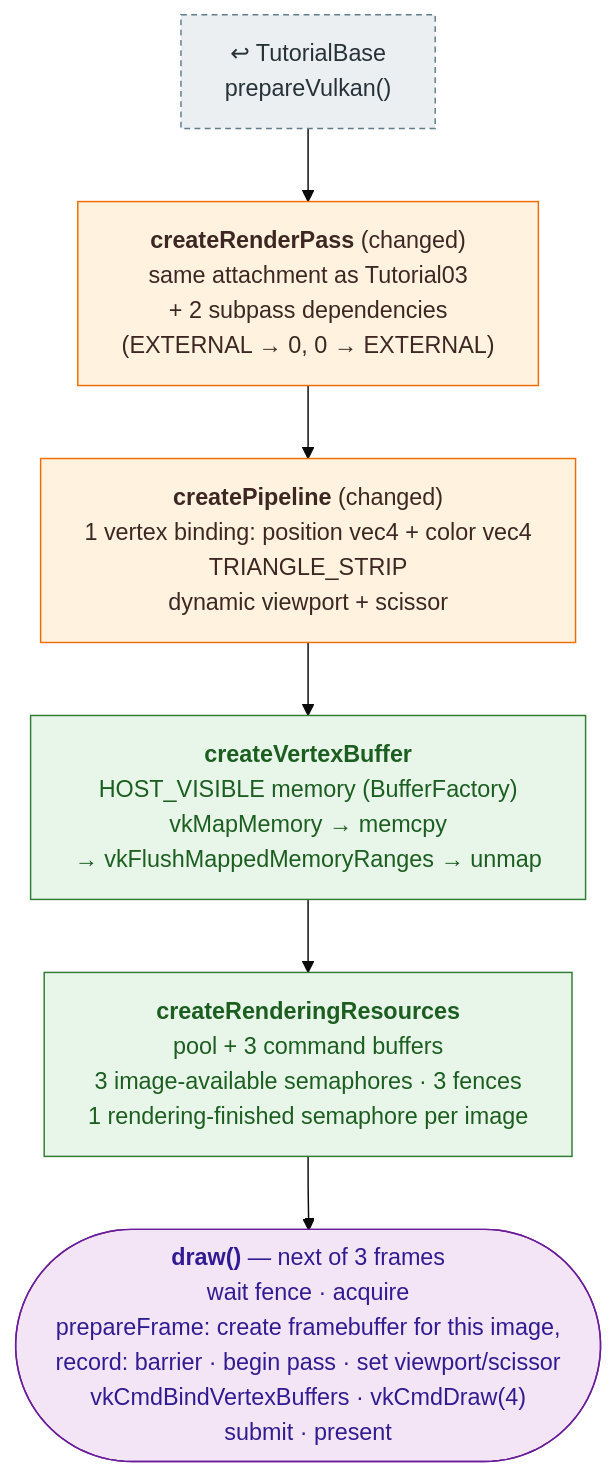
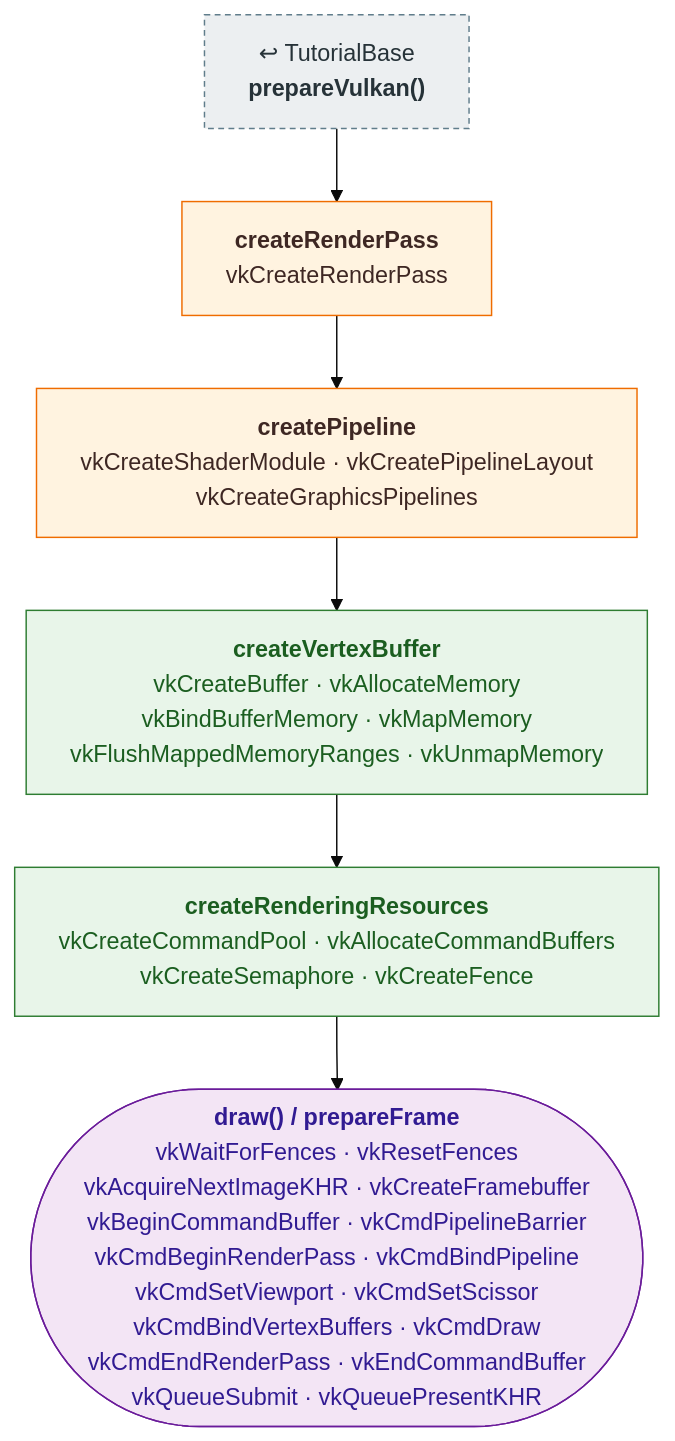
Before and after one commit to mehoggan/vulkan_graphix: the diagram in docs/pipeline/04_vertex_attributes.md, drawn with Mermaid (base theme). The commit also changed other lines of this file and 24 other files, not shown here.

First line of the commit message:
docs: label pipeline boxes with the Vulkan calls each step makes

````diff
--- a/docs/pipeline/04_vertex_attributes.md
+++ b/docs/pipeline/04_vertex_attributes.md
@@ -11,17 +11,17 @@
 ```mermaid
 %%{init: {"flowchart": {"wrappingWidth": 400}}}%%
 flowchart TD
     classDef reused fill:#eceff1,stroke:#607d8b,stroke-dasharray:4 3,color:#263238
     classDef changed fill:#fff3e0,stroke:#ef6c00,color:#3e2723
     classDef new fill:#e8f5e9,stroke:#2e7d32,color:#1b5e20
     classDef frame fill:#f3e5f5,stroke:#6a1b9a,color:#311b92
 
-    BASE["↩ TutorialBase<br/>prepareVulkan()"]:::reused
-    RP["<b>createRenderPass</b> (changed)<br/>same attachment as Tutorial03<br/>+ 2 subpass dependencies<br/>(EXTERNAL → 0, 0 → EXTERNAL)"]:::changed
-    PIPE["<b>createPipeline</b> (changed)<br/>1 vertex binding: position vec4 + color vec4<br/>TRIANGLE_STRIP<br/>dynamic viewport + scissor"]:::changed
-    VB["<b>createVertexBuffer</b><br/>HOST_VISIBLE memory (BufferFactory)<br/>vkMapMemory → memcpy<br/>→ vkFlushMappedMemoryRanges → unmap"]:::new
-    RR["<b>createRenderingResources</b><br/>pool + 3 command buffers<br/>3 image-available semaphores · 3 fences<br/>1 rendering-finished semaphore per image"]:::new
-    DRAW(["<b>draw()</b> — next of 3 frames<br/>wait fence · acquire<br/>prepareFrame: create framebuffer for this image,<br/>record: barrier · begin pass · set viewport/scissor<br/>vkCmdBindVertexBuffers · vkCmdDraw(4)<br/>submit · present"]):::frame
+    BASE["↩ TutorialBase<br/><b>prepareVulkan()</b>"]:::reused
+    RP["<b>createRenderPass</b><br/>vkCreateRenderPass"]:::changed
+    PIPE["<b>createPipeline</b><br/>vkCreateShaderModule  ·  vkCreatePipelineLayout<br/>vkCreateGraphicsPipelines"]:::changed
+    VB["<b>createVertexBuffer</b><br/>vkCreateBuffer  ·  vkAllocateMemory<br/>vkBindBufferMemory  ·  vkMapMemory<br/>vkFlushMappedMemoryRanges  ·  vkUnmapMemory"]:::new
+    RR["<b>createRenderingResources</b><br/>vkCreateCommandPool  ·  vkAllocateCommandBuffers<br/>vkCreateSemaphore  ·  vkCreateFence"]:::new
+    DRAW(["<b>draw() / prepareFrame</b><br/>vkWaitForFences  ·  vkResetFences<br/>vkAcquireNextImageKHR  ·  vkCreateFramebuffer<br/>vkBeginCommandBuffer  ·  vkCmdPipelineBarrier<br/>vkCmdBeginRenderPass  ·  vkCmdBindPipeline<br/>vkCmdSetViewport  ·  vkCmdSetScissor<br/>vkCmdBindVertexBuffers  ·  vkCmdDraw<br/>vkCmdEndRenderPass  ·  vkEndCommandBuffer<br/>vkQueueSubmit  ·  vkQueuePresentKHR"]):::frame
 
     BASE --> RP --> PIPE --> VB --> RR --> DRAW
 ```
````
